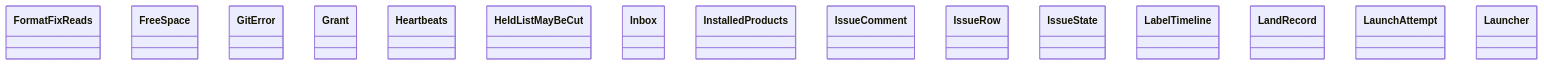
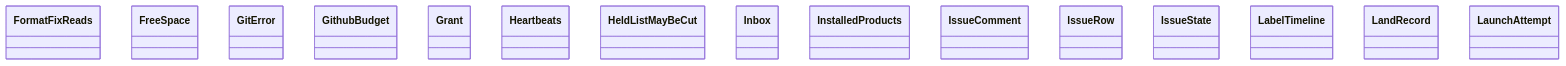
Before and after one commit to GonzaloZevallos/agentic-system: the diagram in docs/architecture/generated/classes-process-application-support-3.md, drawn with Mermaid. The commit also changed 8 other files, not shown here.

Commit message:
Regenerate class docs and describe observe and GithubBudget in the components table

````diff
--- a/docs/architecture/generated/classes-process-application-support-3.md
+++ b/docs/architecture/generated/classes-process-application-support-3.md
@@ -20,18 +20,18 @@
 ```mermaid
 classDiagram
     class ports__FormatFixReads["FormatFixReads"]
     class ports__FreeSpace["FreeSpace"]
     class ports__GitError["GitError"]
+    class ports__GithubBudget["GithubBudget"]
     class ports__Grant["Grant"]
     class ports__Heartbeats["Heartbeats"]
     class ports__HeldListMayBeCut["HeldListMayBeCut"]
     class ports__Inbox["Inbox"]
     class ports__InstalledProducts["InstalledProducts"]
     class ports__IssueComment["IssueComment"]
     class ports__IssueRow["IssueRow"]
     class ports__IssueState["IssueState"]
     class ports__LabelTimeline["LabelTimeline"]
     class ports__LandRecord["LandRecord"]
     class ports__LaunchAttempt["LaunchAttempt"]
-    class ports__Launcher["Launcher"]
 ```
````
